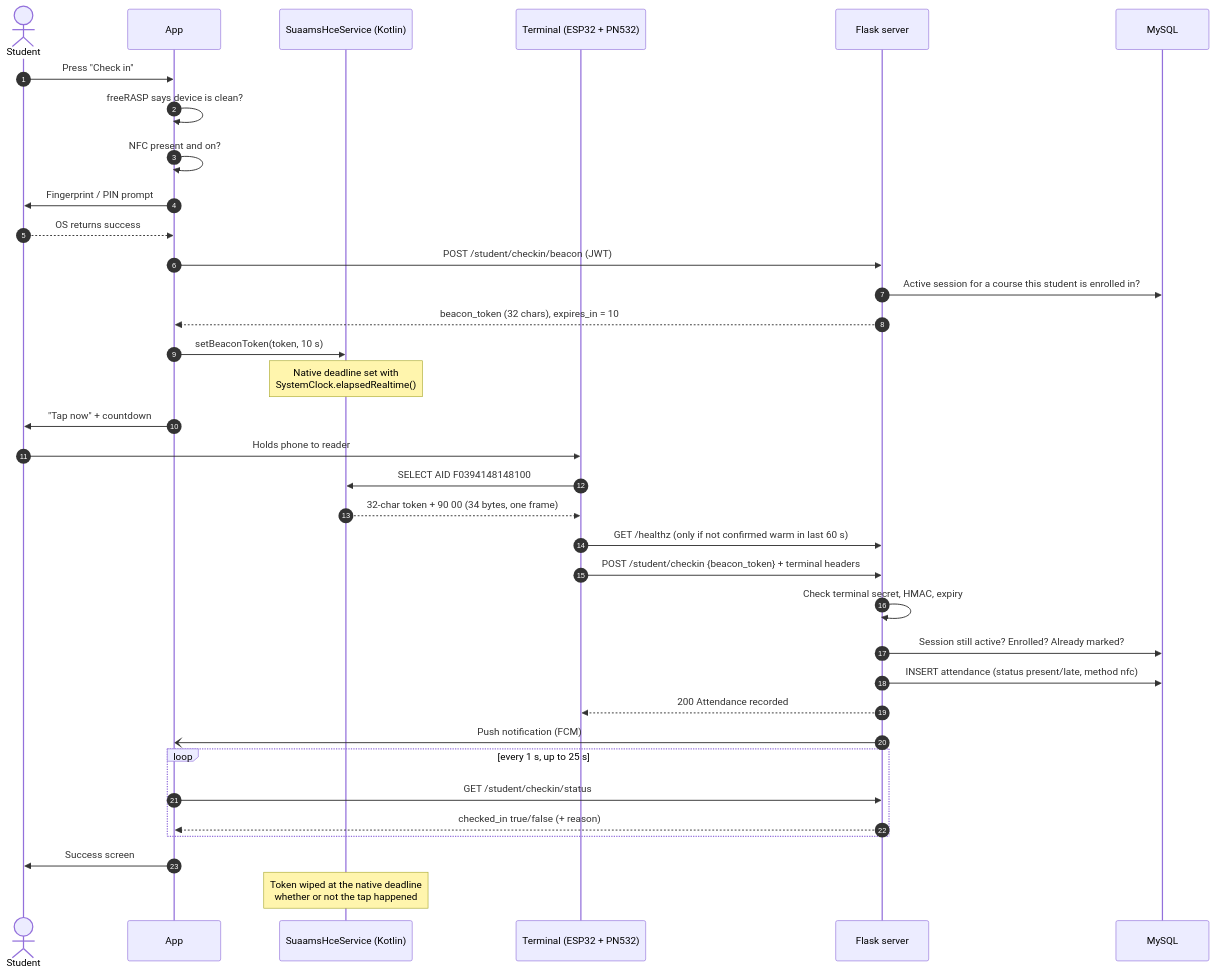
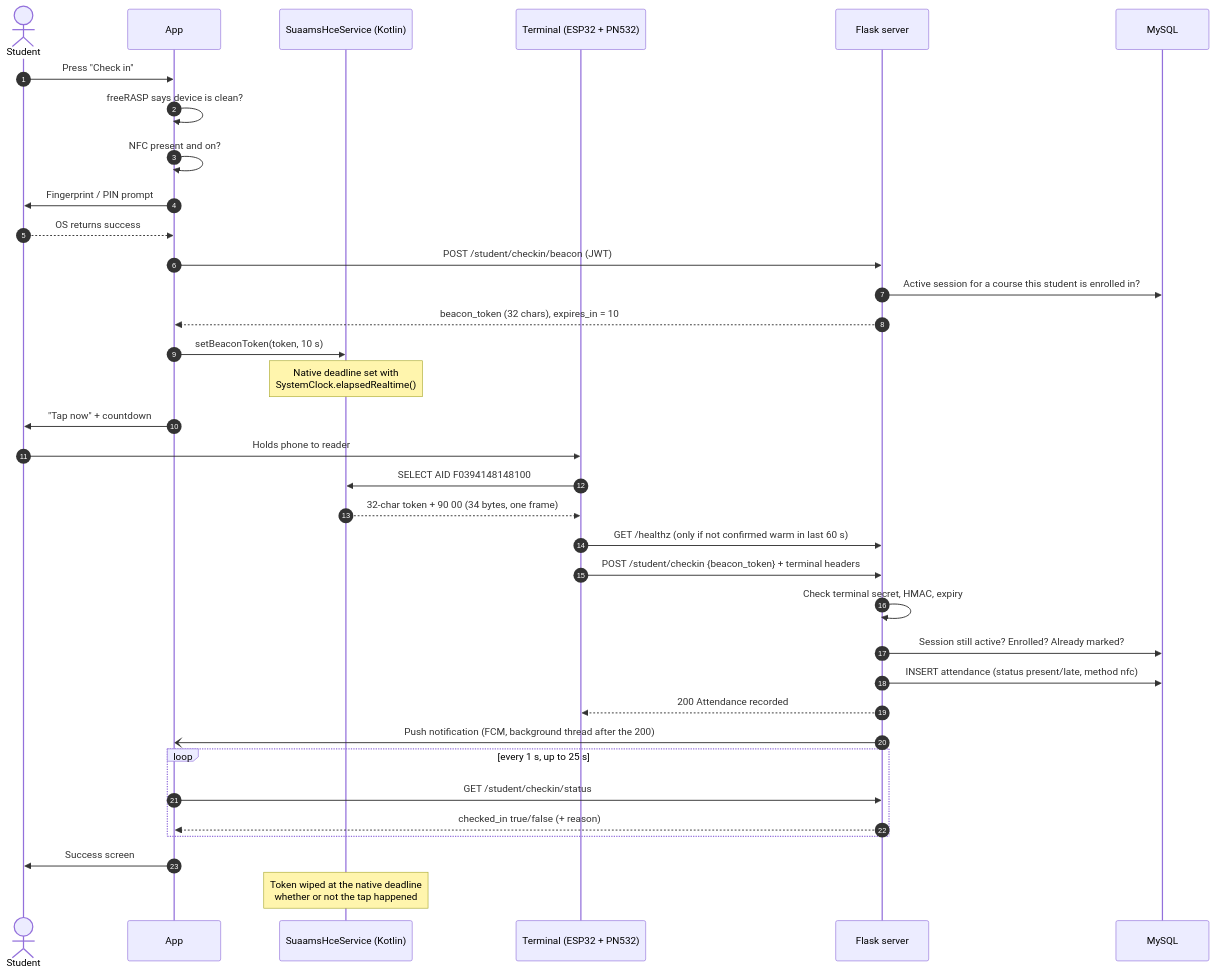
One commit to Afeez1234/4_idiots changed the second of 6 diagrams in docs/ARCHITECTURE.md. Above: the diagram before and after it, drawn with Mermaid. The commit also changed 4 other files, not shown here.

First line of the commit message:
perf(push): send phone pushes after the request answers

````diff
--- a/docs/ARCHITECTURE.md
+++ b/docs/ARCHITECTURE.md
@@ -72,38 +72,38 @@
 ```mermaid
 sequenceDiagram
     autonumber
     actor S as Student
     participant A as App
     participant H as SuaamsHceService (Kotlin)
     participant T as Terminal (ESP32 + PN532)
     participant F as Flask server
     participant D as MySQL
 
     S->>A: Press "Check in"
     A->>A: freeRASP says device is clean?
     A->>A: NFC present and on?
     A->>S: Fingerprint / PIN prompt
     S-->>A: OS returns success
     A->>F: POST /student/checkin/beacon (JWT)
     F->>D: Active session for a course this student is enrolled in?
     F-->>A: beacon_token (32 chars), expires_in = 10
     A->>H: setBeaconToken(token, 10 s)
     Note over H: Native deadline set with<br/>SystemClock.elapsedRealtime()
     A->>S: "Tap now" + countdown
     S->>T: Holds phone to reader
     T->>H: SELECT AID F0394148148100
     H-->>T: 32-char token + 90 00 (34 bytes, one frame)
     T->>F: GET /healthz (only if not confirmed warm in last 60 s)
     T->>F: POST /student/checkin {beacon_token} + terminal headers
     F->>F: Check terminal secret, HMAC, expiry
     F->>D: Session still active? Enrolled? Already marked?
     F->>D: INSERT attendance (status present/late, method nfc)
     F-->>T: 200 Attendance recorded
-    F-)A: Push notification (FCM)
+    F-)A: Push notification (FCM, background thread after the 200)
     loop every 1 s, up to 25 s
         A->>F: GET /student/checkin/status
         F-->>A: checked_in true/false (+ reason)
     end
     A->>S: Success screen
     Note over H: Token wiped at the native deadline<br/>whether or not the tap happened
 ```
````
